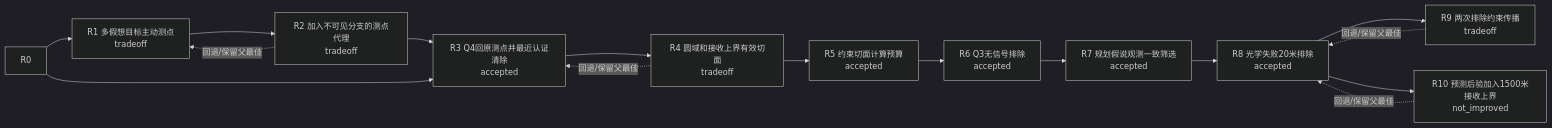
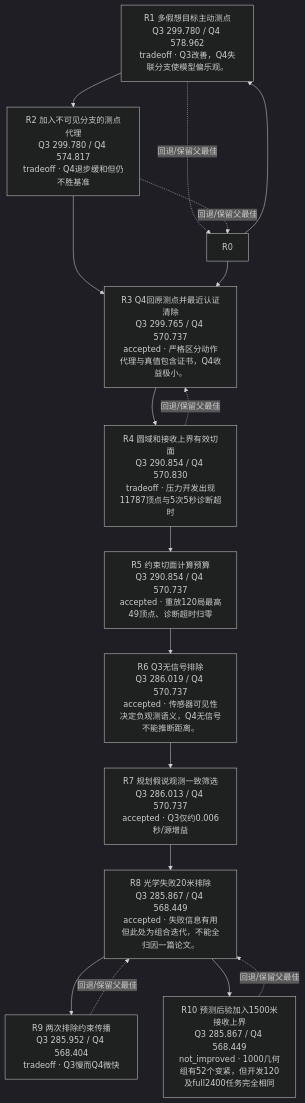
One commit to xiangguaguadadi-dot/cumcm2026-b changed the third of 10 diagrams in experiments/R1_atlas/DIRECTION_MAP.md. Above: the diagram before and after it, drawn with Mermaid (dark theme). The commit also changed other lines of this file and 81 other files, not shown here.

````diff
--- a/experiments/R1_atlas/DIRECTION_MAP.md
+++ b/experiments/R1_atlas/DIRECTION_MAP.md
@@ -81,28 +81,29 @@
 ```mermaid
-flowchart LR
-  A2_information_R1["R1 多假想目标主动测点<br/>tradeoff"]
+flowchart TB
+  A2_information_R1["R1 多假想目标主动测点<br/>Q3 299.780 / Q4 578.962<br/>tradeoff · Q3改善，Q4失联分支使模型偏乐观。"]
   R0 --> A2_information_R1
-  A2_information_R2["R2 加入不可见分支的测点代理<br/>tradeoff"]
+  A2_information_R1 -. "回退/保留父最佳" .-> R0
+  A2_information_R2["R2 加入不可见分支的测点代理<br/>Q3 299.780 / Q4 574.817<br/>tradeoff · Q4退步缓和但仍不胜基准"]
   A2_information_R1 --> A2_information_R2
-  A2_information_R2 -. "回退/保留父最佳" .-> A2_information_R1
-  A2_information_R3["R3 Q4回原测点并最近认证清除<br/>accepted"]
+  A2_information_R2 -. "回退/保留父最佳" .-> R0
+  A2_information_R3["R3 Q4回原测点并最近认证清除<br/>Q3 299.765 / Q4 570.737<br/>accepted · 严格区分动作代理与真值包含证书，Q4收益极小。"]
   A2_information_R2 --> A2_information_R3
   R0 --> A2_information_R3
-  A2_information_R4["R4 圆域和接收上界有效切面<br/>tradeoff"]
+  A2_information_R4["R4 圆域和接收上界有效切面<br/>Q3 290.854 / Q4 570.830<br/>tradeoff · 压力开发出现11787顶点与5次5秒诊断超时"]
   A2_information_R3 --> A2_information_R4
   A2_information_R4 -. "回退/保留父最佳" .-> A2_information_R3
-  A2_information_R5["R5 约束切面计算预算<br/>accepted"]
+  A2_information_R5["R5 约束切面计算预算<br/>Q3 290.854 / Q4 570.737<br/>accepted · 重放120局最高49顶点、诊断超时归零"]
   A2_information_R4 --> A2_information_R5
-  A2_information_R6["R6 Q3无信号排除<br/>accepted"]
+  A2_information_R6["R6 Q3无信号排除<br/>Q3 286.019 / Q4 570.737<br/>accepted · 传感器可见性决定负观测语义，Q4无信号不能推断距离。"]
   A2_information_R5 --> A2_information_R6
-  A2_information_R7["R7 规划假说观测一致筛选<br/>accepted"]
+  A2_information_R7["R7 规划假说观测一致筛选<br/>Q3 286.013 / Q4 570.737<br/>accepted · Q3仅约0.006秒/源增益"]
   A2_information_R6 --> A2_information_R7
-  A2_information_R8["R8 光学失败20米排除<br/>accepted"]
+  A2_information_R8["R8 光学失败20米排除<br/>Q3 285.867 / Q4 568.449<br/>accepted · 失败信息有用但此处为组合迭代，不能全归因一篇论文。"]
   A2_information_R7 --> A2_information_R8
-  A2_information_R9["R9 两次排除约束传播<br/>tradeoff"]
+  A2_information_R9["R9 两次排除约束传播<br/>Q3 285.952 / Q4 568.404<br/>tradeoff · Q3慢而Q4微快"]
   A2_information_R8 --> A2_information_R9
   A2_information_R9 -. "回退/保留父最佳" .-> A2_information_R8
-  A2_information_R10["R10 预测后验加入1500米接收上界<br/>not_improved"]
+  A2_information_R10["R10 预测后验加入1500米接收上界<br/>Q3 285.867 / Q4 568.449<br/>not_improved · 1000几何组有52个变紧，但开发120及full2400任务完全相同"]
   A2_information_R8 --> A2_information_R10
   A2_information_R10 -. "回退/保留父最佳" .-> A2_information_R8
 ```
````
